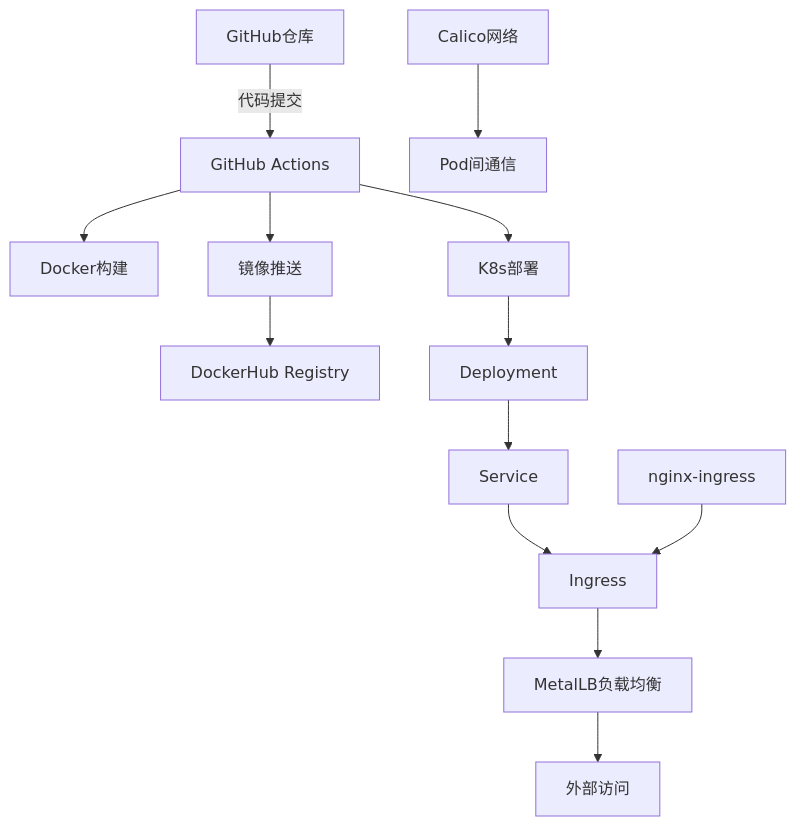
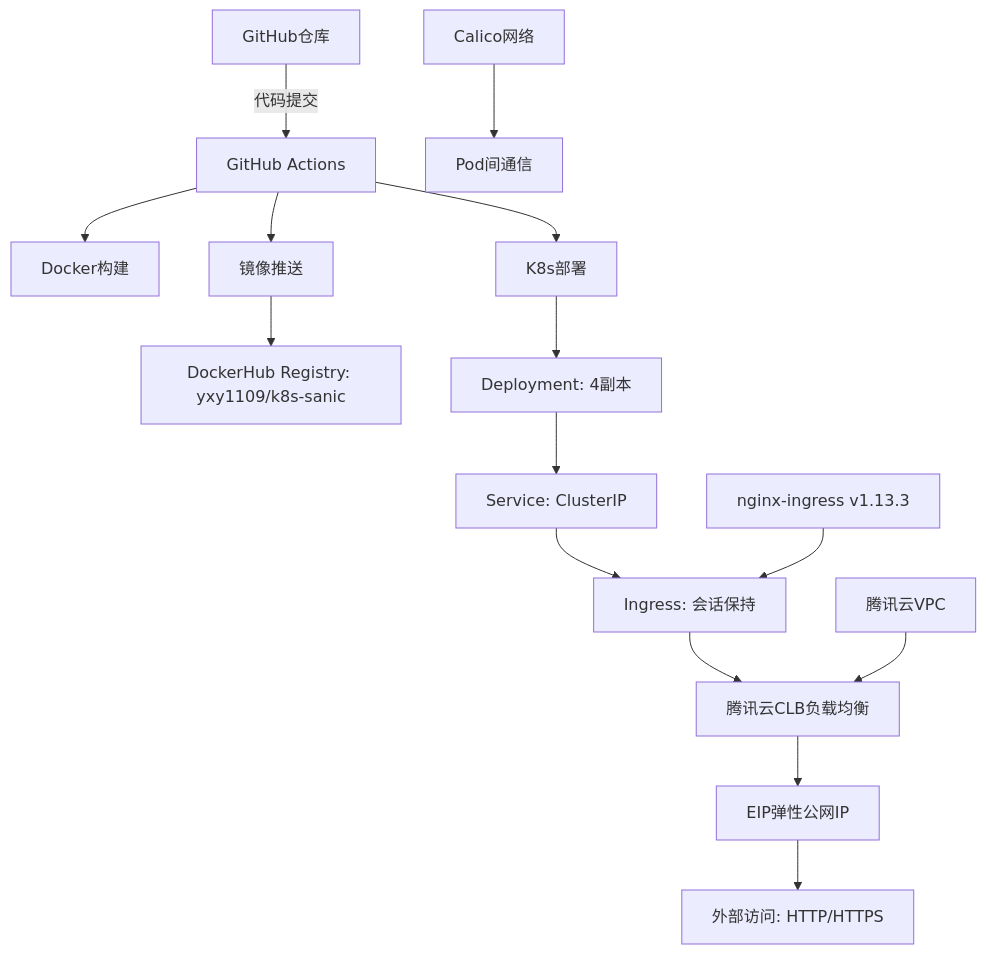
The diagram in k8s_sanic/readme.md (YXY1109/docker_compose_learn), drawn with Mermaid before and after one commit. The commit also changed other lines of this file and 1 other file, not shown here.

````diff
--- a/k8s_sanic/readme.md
+++ b/k8s_sanic/readme.md
@@ -9,16 +16,18 @@
 ```mermaid
 graph TB
     A[GitHub仓库] -->|代码提交| B[GitHub Actions]
     B --> C[Docker构建]
     B --> D[镜像推送]
-    D --> E[DockerHub Registry]
+    D --> E[DockerHub Registry: yxy1109/k8s-sanic]
     B --> F[K8s部署]
-    F --> G[Deployment]
-    G --> H[Service]
-    H --> I[Ingress]
-    I --> J[MetalLB负载均衡]
-    J --> K[外部访问]
+    F --> G[Deployment: 4副本]
+    G --> H[Service: ClusterIP]
+    H --> I[Ingress: 会话保持]
+    I --> J[腾讯云CLB负载均衡]
+    J --> K[EIP弹性公网IP]
+    K --> L[外部访问: HTTP/HTTPS]
 
-    L[Calico网络] --> M[Pod间通信]
-    N[nginx-ingress] --> I
+    M[Calico网络] --> N[Pod间通信]
+    O[nginx-ingress v1.13.3] --> I
+    P[腾讯云VPC] --> J
 ```
````
